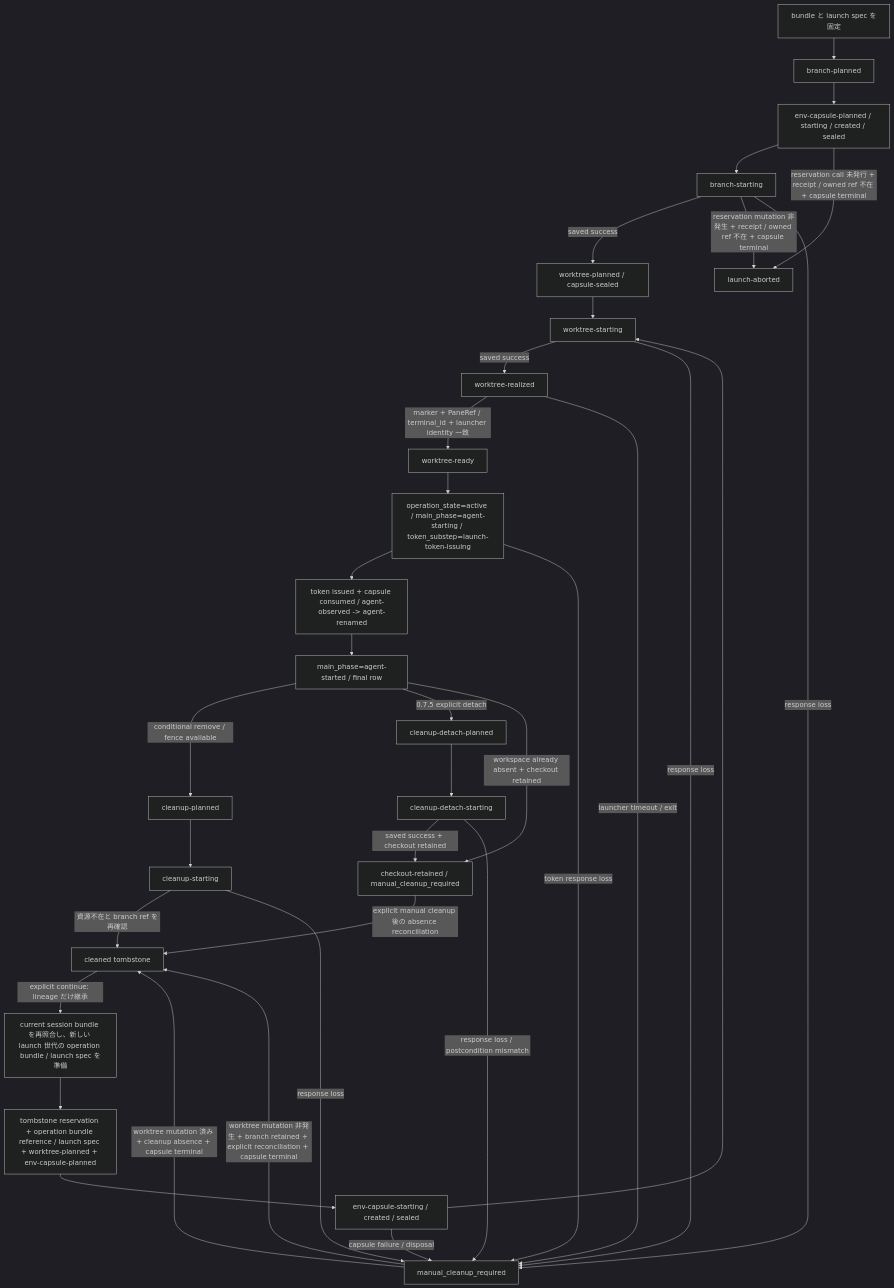
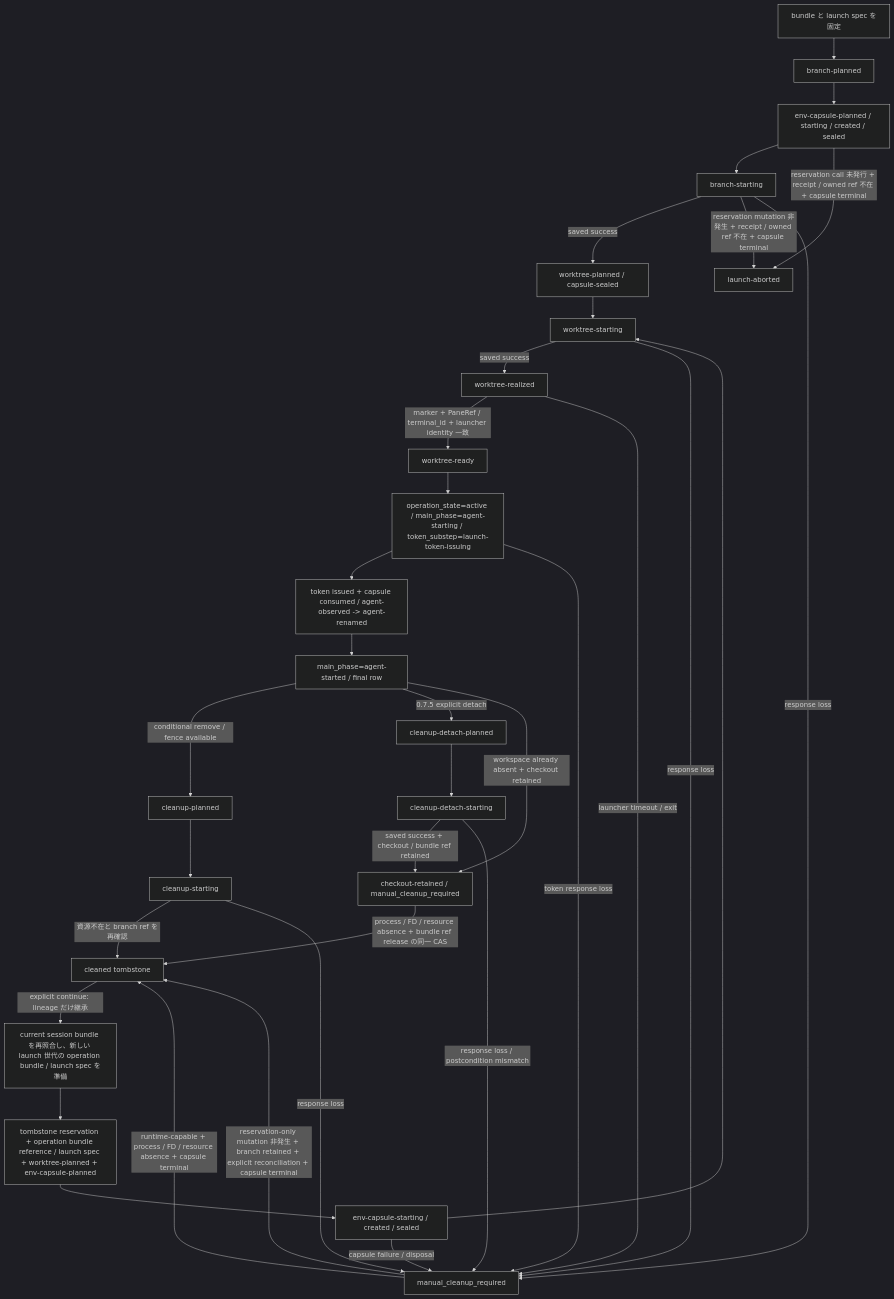
One commit to butaosuinu/fanout changed the diagram in docs/herdr-runtime-backend-spike.ja.md. Above: the diagram before and after it, drawn with Mermaid (dark theme). The commit also changed other lines of this file, not shown here.

Commit message:
docs: Herdr restart と cleanup fence を閉じる

````diff
--- a/docs/herdr-runtime-backend-spike.ja.md
+++ b/docs/herdr-runtime-backend-spike.ja.md
@@ -668,36 +670,36 @@
 ```mermaid
 flowchart TD
   A["bundle と launch spec を固定"] --> B["branch-planned"]
   B --> EC["env-capsule-planned / starting / created / sealed"]
   EC --> C["branch-starting"]
   C -->|saved success| D["worktree-planned / capsule-sealed"]
   D --> E["worktree-starting"]
   E -->|saved success| F["worktree-realized"]
   F -->|marker + PaneRef / terminal_id + launcher identity 一致| WR["worktree-ready"]
   WR --> G["operation_state=active / main_phase=agent-starting / token_substep=launch-token-issuing"]
   G --> GO["token issued + capsule consumed / agent-observed -> agent-renamed"]
   GO --> H["main_phase=agent-started / final row"]
   H -->|conditional remove / fence available| I["cleanup-planned"]
   H -->|0.7.5 explicit detach| DP["cleanup-detach-planned"]
   DP --> DS["cleanup-detach-starting"]
-  DS -->|saved success + checkout retained| R["checkout-retained / manual_cleanup_required"]
+  DS -->|saved success + checkout / bundle ref retained| R["checkout-retained / manual_cleanup_required"]
   H -->|workspace already absent + checkout retained| R
   I --> J["cleanup-starting"]
   J -->|資源不在と branch ref を再確認| K["cleaned tombstone"]
-  R -->|explicit manual cleanup 後の absence reconciliation| K
-  X -->|worktree mutation 済み + cleanup absence + capsule terminal| K
+  R -->|process / FD / resource absence + bundle ref release の同一 CAS| K
+  X -->|runtime-capable + process / FD / resource absence + capsule terminal| K
   C -->|reservation mutation 非発生 + receipt / owned ref 不在 + capsule terminal| LA["launch-aborted"]
-  X -->|worktree mutation 非発生 + branch retained + explicit reconciliation + capsule terminal| K
+  X -->|reservation-only mutation 非発生 + branch retained + explicit reconciliation + capsule terminal| K
   K -->|explicit continue: lineage だけ継承| CA["current session bundle を再照合し、新しい launch 世代の operation bundle / launch spec を準備"]
   CA --> CP["tombstone reservation + operation bundle reference / launch spec + worktree-planned + env-capsule-planned"]
   CP --> CC["env-capsule-starting / created / sealed"]
   CC --> E
   EC -->|reservation call 未発行 + receipt / owned ref 不在 + capsule terminal| LA
   CC -->|capsule failure / disposal| X
   C -->|response loss| X["manual_cleanup_required"]
   E -->|response loss| X
   F -->|launcher timeout / exit| X
   G -->|token response loss| X
   DS -->|response loss / postcondition mismatch| X
   J -->|response loss| X
 ```
````
